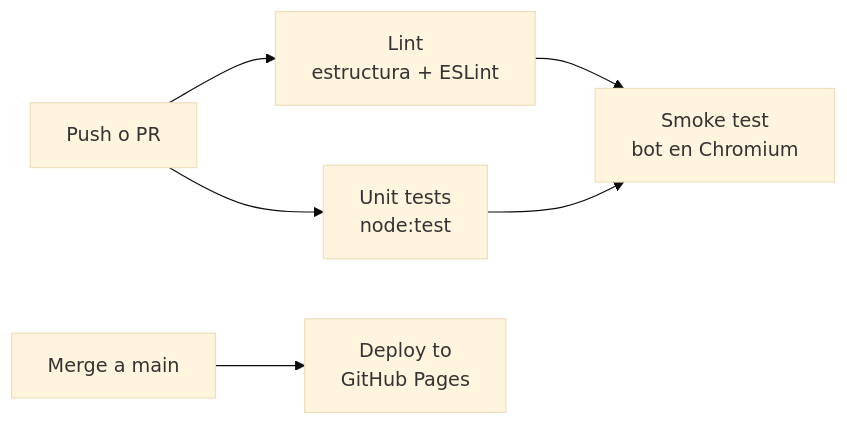
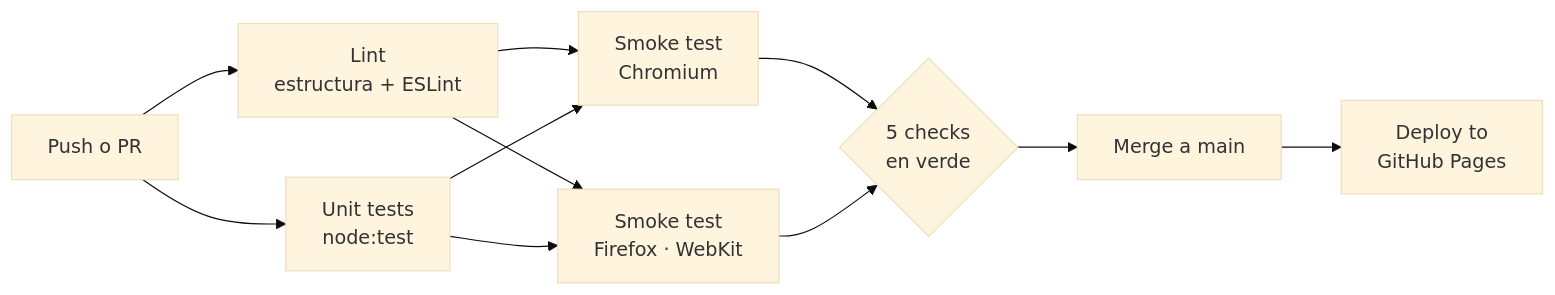
One commit to serbenda/dungeons-and-deployments changed the diagram in README.md. Above: the diagram before and after it, drawn with Mermaid (base theme). The commit also changed other lines of this file and 14 other files, not shown here.

````diff
--- a/README.md
+++ b/README.md
@@ -191,8 +195,13 @@
 ```mermaid
 flowchart LR
   PR[Push o PR] --> L[Lint<br>estructura + ESLint]
   PR --> U[Unit tests<br>node:test]
-  L --> S[Smoke test<br>bot en Chromium]
+  L --> S[Smoke test<br>Chromium]
   U --> S
-  M[Merge a main] --> D[Deploy to<br>GitHub Pages]
+  L --> SB[Smoke test<br>Firefox · WebKit]
+  U --> SB
+  S --> OK{5 checks<br>en verde}
+  SB --> OK
+  OK --> M[Merge a main]
+  M --> D[Deploy to<br>GitHub Pages]
 ```
````
